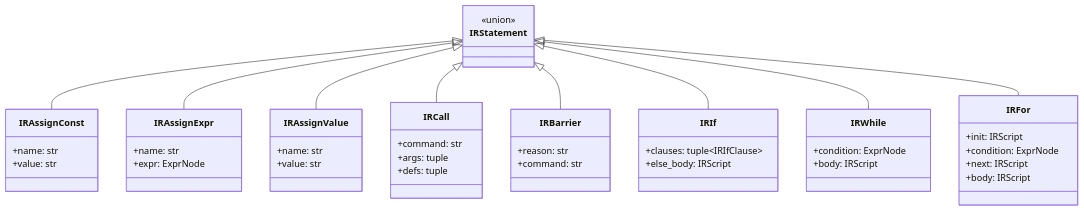
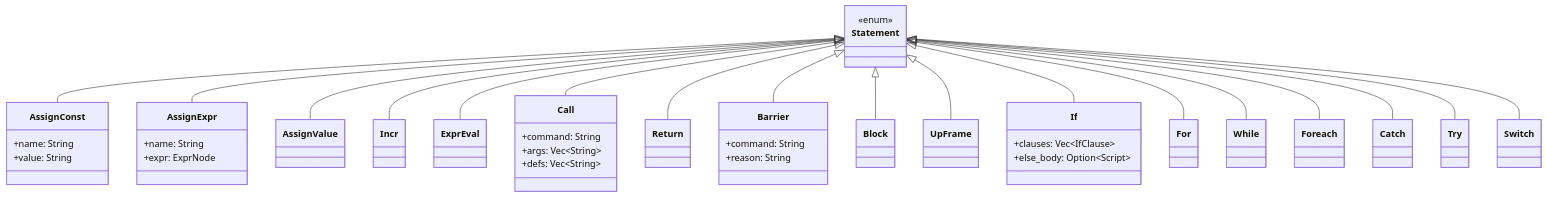
The sixth of 34 diagrams in docs/GLOSSARY.md (bitwisecook/tcl-lsp), drawn with Mermaid before and after one commit. The commit also changed other lines of this file and 56 other files, not shown here.

````diff
--- a/docs/GLOSSARY.md
+++ b/docs/GLOSSARY.md
@@ -195,49 +195,44 @@
 ```mermaid
 classDiagram
-    class IRStatement {
-        <<union>>
+    class Statement {
+        <<enum>>
     }
-    class IRAssignConst {
-        +name: str
-        +value: str
+    class AssignConst {
+        +name: String
+        +value: String
     }
-    class IRAssignExpr {
-        +name: str
+    class AssignExpr {
+        +name: String
         +expr: ExprNode
     }
-    class IRAssignValue {
-        +name: str
-        +value: str
+    class Call {
+        +command: String
+        +args: Vec~String~
+        +defs: Vec~String~
     }
-    class IRCall {
-        +command: str
-        +args: tuple
-        +defs: tuple
+    class Barrier {
+        +command: String
+        +reason: String
     }
-    class IRBarrier {
-        +reason: str
-        +command: str
+    class If {
+        +clauses: Vec~IfClause~
+        +else_body: Option~Script~
     }
-    class IRIf {
-        +clauses: tuple~IRIfClause~
-        +else_body: IRScript
-    }
-    class IRWhile {
-        +condition: ExprNode
-        +body: IRScript
-    }
-    class IRFor {
-        +init: IRScript
-        +condition: ExprNode
-        +next: IRScript
-        +body: IRScript
-    }
-    IRStatement <|-- IRAssignConst
-    IRStatement <|-- IRAssignExpr
-    IRStatement <|-- IRAssignValue
-    IRStatement <|-- IRCall
-    IRStatement <|-- IRBarrier
-    IRStatement <|-- IRIf
-    IRStatement <|-- IRWhile
-    IRStatement <|-- IRFor
+    Statement <|-- AssignConst
+    Statement <|-- AssignExpr
+    Statement <|-- AssignValue
+    Statement <|-- Incr
+    Statement <|-- ExprEval
+    Statement <|-- Call
+    Statement <|-- Return
+    Statement <|-- Barrier
+    Statement <|-- Block
+    Statement <|-- UpFrame
+    Statement <|-- If
+    Statement <|-- For
+    Statement <|-- While
+    Statement <|-- Foreach
+    Statement <|-- Catch
+    Statement <|-- Try
+    Statement <|-- Switch
 ```
````
